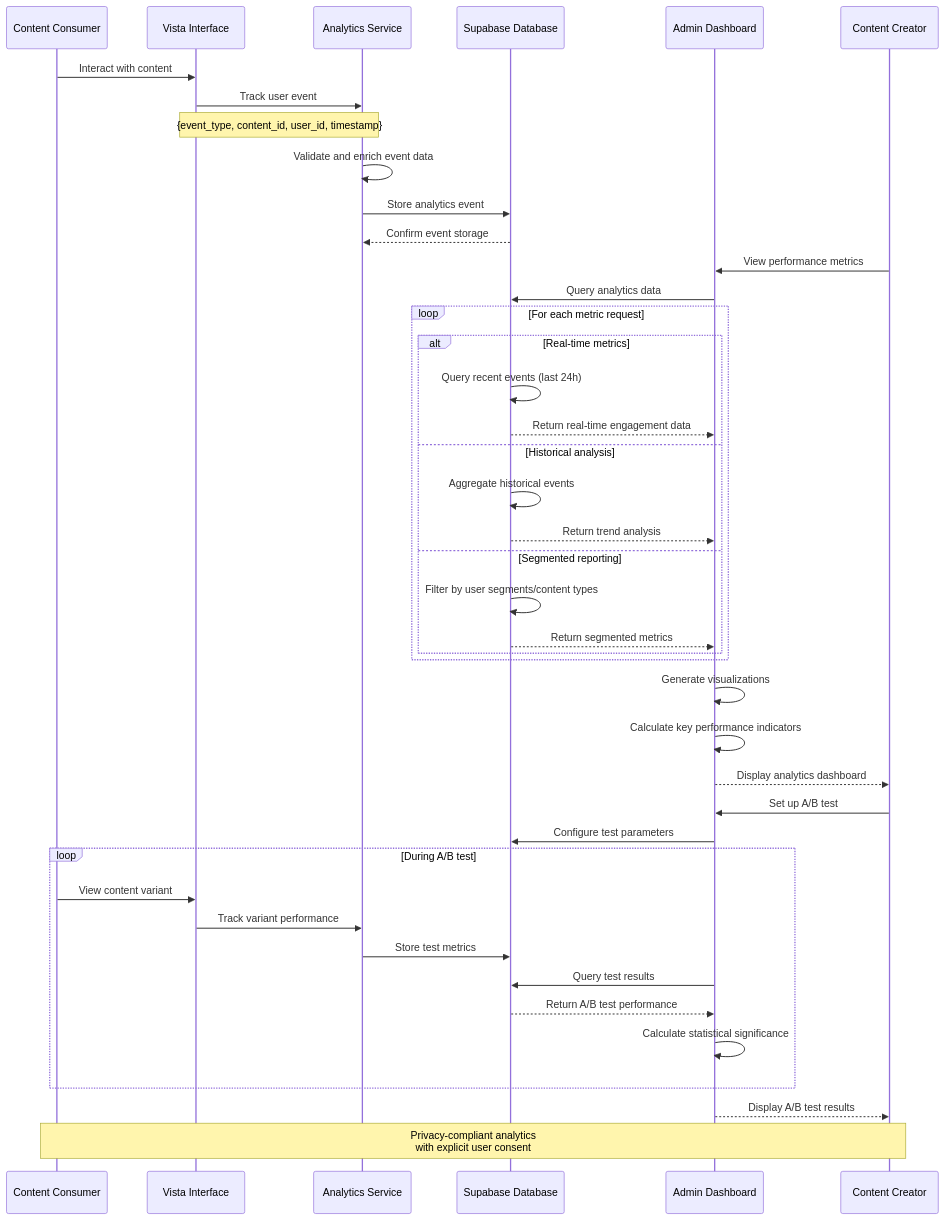
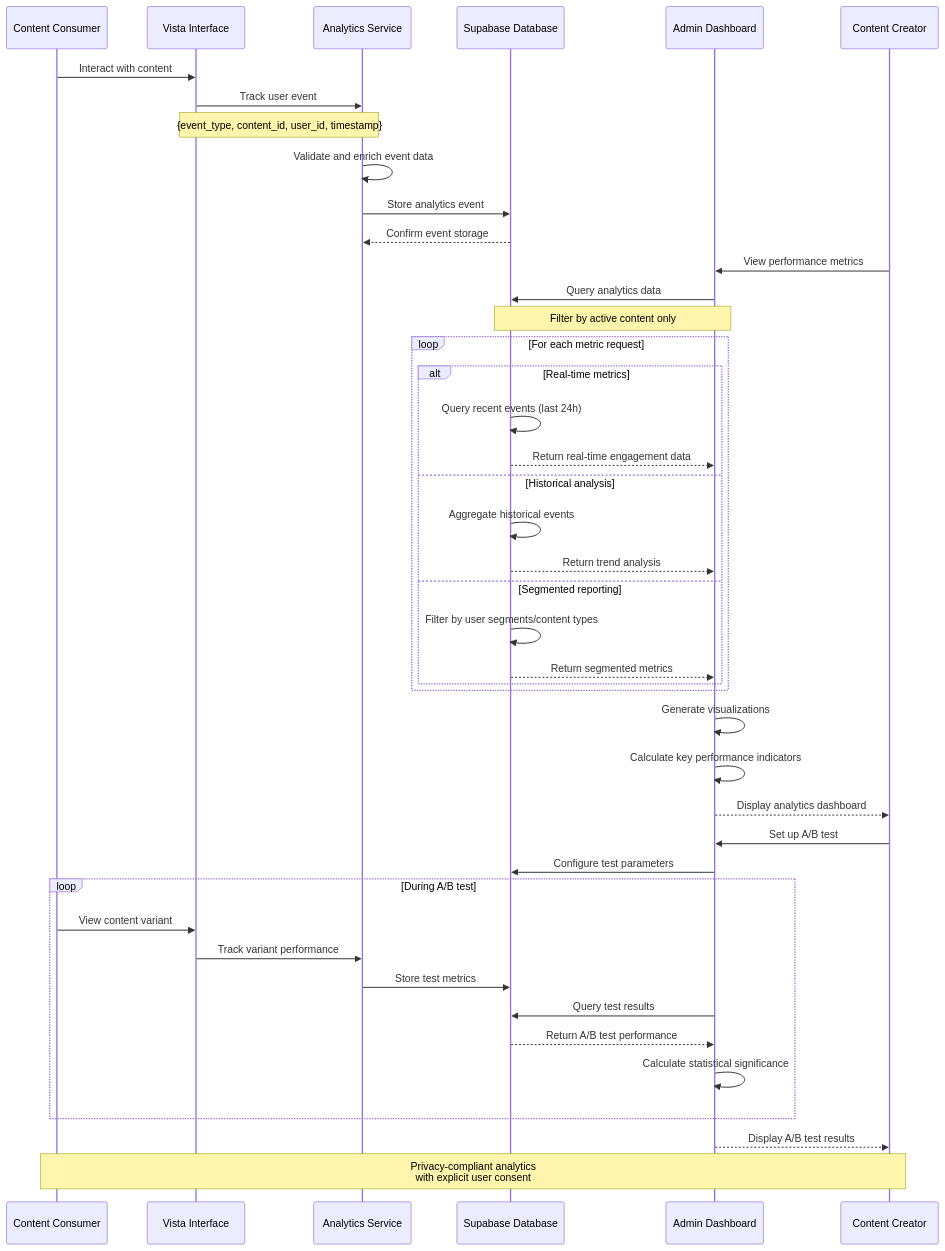
Before and after one commit to quinticechen/vista: the seventh of 8 diagrams in docs/SEQUENCE_DIAGRAMS.md, drawn with Mermaid. The commit also changed other lines of this file and 2 other files, not shown here.

````diff
--- a/docs/SEQUENCE_DIAGRAMS.md
+++ b/docs/SEQUENCE_DIAGRAMS.md
@@ -279,55 +363,56 @@
 ```mermaid
 sequenceDiagram
     participant User as Content Consumer
     participant UI as Vista Interface
     participant Analytics as Analytics Service
     participant DB as Supabase Database
     participant Dashboard as Admin Dashboard
     participant Creator as Content Creator
 
     User->>UI: Interact with content
     UI->>Analytics: Track user event
     Note over UI,Analytics: {event_type, content_id, user_id, timestamp}
     
     Analytics->>Analytics: Validate and enrich event data
     Analytics->>DB: Store analytics event
     DB-->>Analytics: Confirm event storage
     
     Creator->>Dashboard: View performance metrics
     Dashboard->>DB: Query analytics data
+    Note over Dashboard,DB: Filter by active content only
     
     loop For each metric request
         alt Real-time metrics
             DB->>DB: Query recent events (last 24h)
             DB-->>Dashboard: Return real-time engagement data
         else Historical analysis
             DB->>DB: Aggregate historical events
             DB-->>Dashboard: Return trend analysis
         else Segmented reporting
             DB->>DB: Filter by user segments/content types
             DB-->>Dashboard: Return segmented metrics
         end
     end
     
     Dashboard->>Dashboard: Generate visualizations
     Dashboard->>Dashboard: Calculate key performance indicators
     
     Dashboard-->>Creator: Display analytics dashboard
     
     Creator->>Dashboard: Set up A/B test
     Dashboard->>DB: Configure test parameters
     
     loop During A/B test
         User->>UI: View content variant
         UI->>Analytics: Track variant performance
         Analytics->>DB: Store test metrics
         
         Dashboard->>DB: Query test results
         DB-->>Dashboard: Return A/B test performance
         Dashboard->>Dashboard: Calculate statistical significance
     end
     
     Dashboard-->>Creator: Display A/B test results
     
     Note over User,Creator: Privacy-compliant analytics<br/>with explicit user consent
 ```
````
